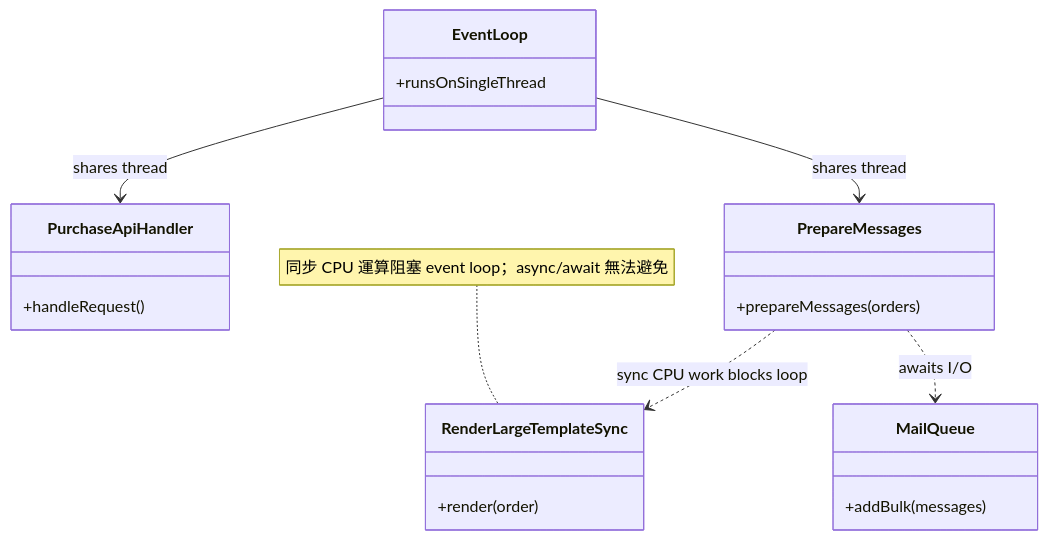
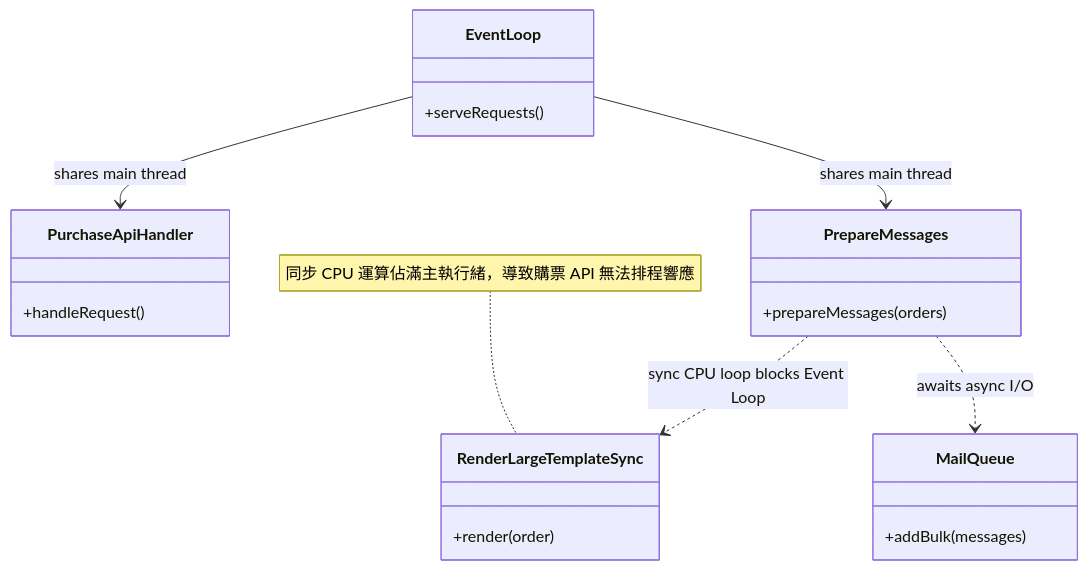
One commit to chienchien6/waterball changed diagram 13 of 15 in specs/answers/情境一-五-表格與類別圖.md. Above: the diagram before and after it, drawn with Mermaid. The commit also changed other lines of this file and 3 other files, not shown here.

````diff
--- a/specs/answers/情境一-五-表格與類別圖.md
+++ b/specs/answers/情境一-五-表格與類別圖.md
@@ -451,23 +507,23 @@
 ```mermaid
 classDiagram
     class EventLoop {
-        +runsOnSingleThread
+        +serveRequests()
     }
     class PurchaseApiHandler {
         +handleRequest()
     }
     class PrepareMessages {
         +prepareMessages(orders)
     }
     class RenderLargeTemplateSync {
         +render(order)
     }
     class MailQueue {
         +addBulk(messages)
     }
-    EventLoop --> PurchaseApiHandler : shares thread
-    EventLoop --> PrepareMessages : shares thread
-    PrepareMessages ..> RenderLargeTemplateSync : sync CPU work blocks loop
-    PrepareMessages ..> MailQueue : awaits I/O
-    note for RenderLargeTemplateSync "同步 CPU 運算阻塞 event loop；async/await 無法避免"
+    EventLoop --> PurchaseApiHandler : shares main thread
+    EventLoop --> PrepareMessages : shares main thread
+    PrepareMessages ..> RenderLargeTemplateSync : sync CPU loop blocks Event Loop
+    PrepareMessages ..> MailQueue : awaits async I/O
+    note for RenderLargeTemplateSync "同步 CPU 運算佔滿主執行緒，導致購票 API 無法排程響應"
 ```
````
